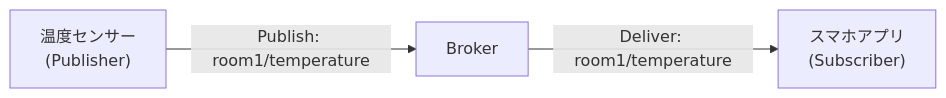
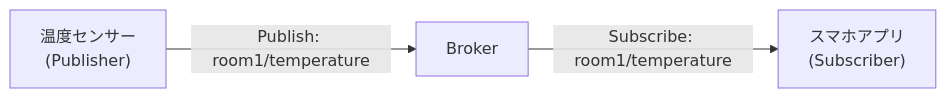
One commit to t-kubota72459/G09 changed the first of 2 diagrams in additional_docs/MQTT/MQTT.md. Above: the diagram before and after it, drawn with Mermaid. The commit also changed other lines of this file and 1 other file, not shown here.

````diff
--- a/additional_docs/MQTT/MQTT.md
+++ b/additional_docs/MQTT/MQTT.md
@@ -43,5 +43,5 @@
 ```mermaid
 flowchart LR;
     A["温度センサー<br>(Publisher)"] -- Publish: room1/temperature --> B[Broker]
-    B -- Deliver: room1/temperature --> C["スマホアプリ<br>(Subscriber)"]
+    B -- Subscribe: room1/temperature --> C["スマホアプリ<br>(Subscriber)"]
 ```
````
